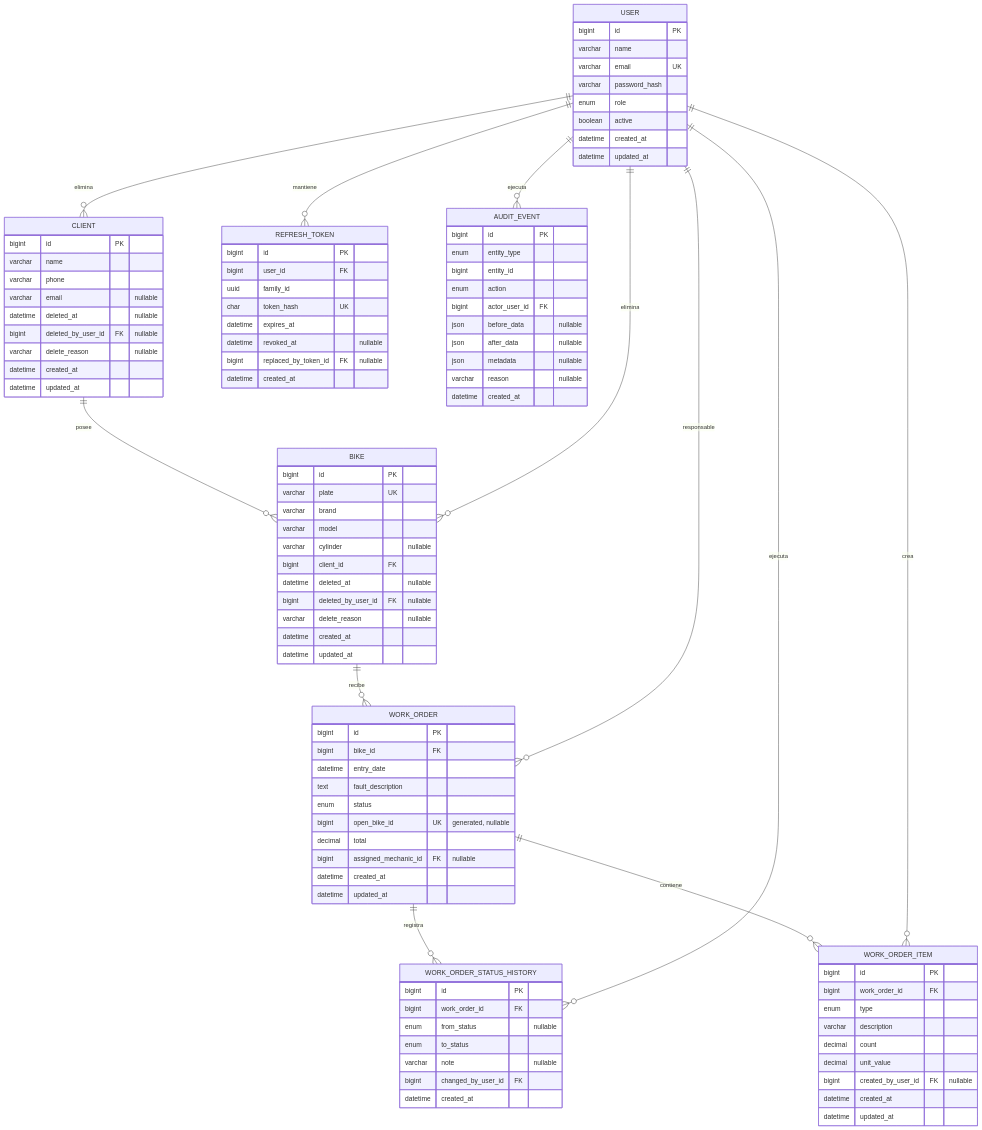
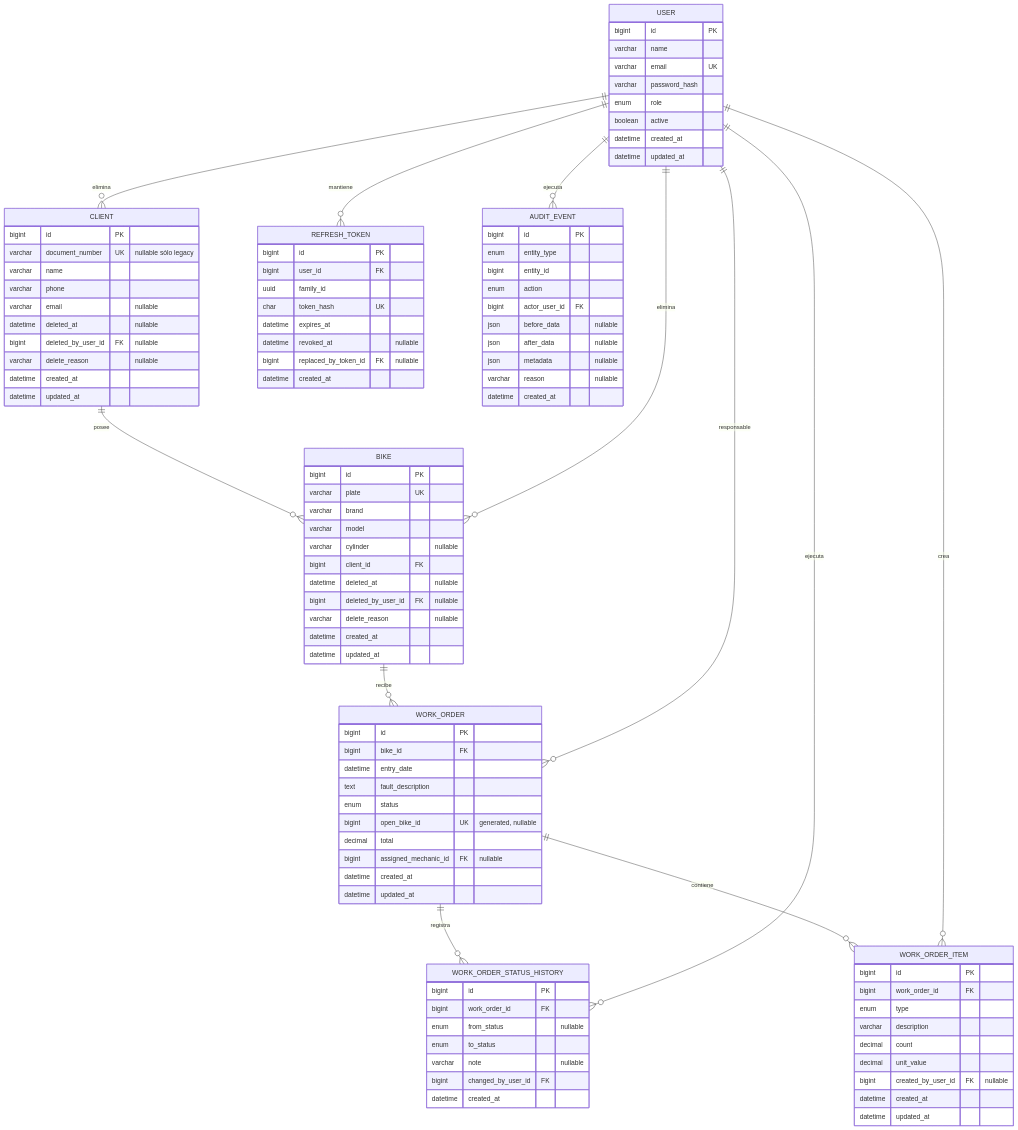
Before and after one commit to san7imo/prueba-tecnica-pavas: the diagram in docs/database.md, drawn with Mermaid. The commit also changed other lines of this file and 59 other files, not shown here.

```diff
--- a/docs/database.md
+++ b/docs/database.md
@@ -40,6 +43,7 @@
 
     CLIENT {
       bigint id PK
+      varchar document_number UK "nullable sólo legacy"
       varchar name
       varchar phone
       varchar email "nullable"
```
